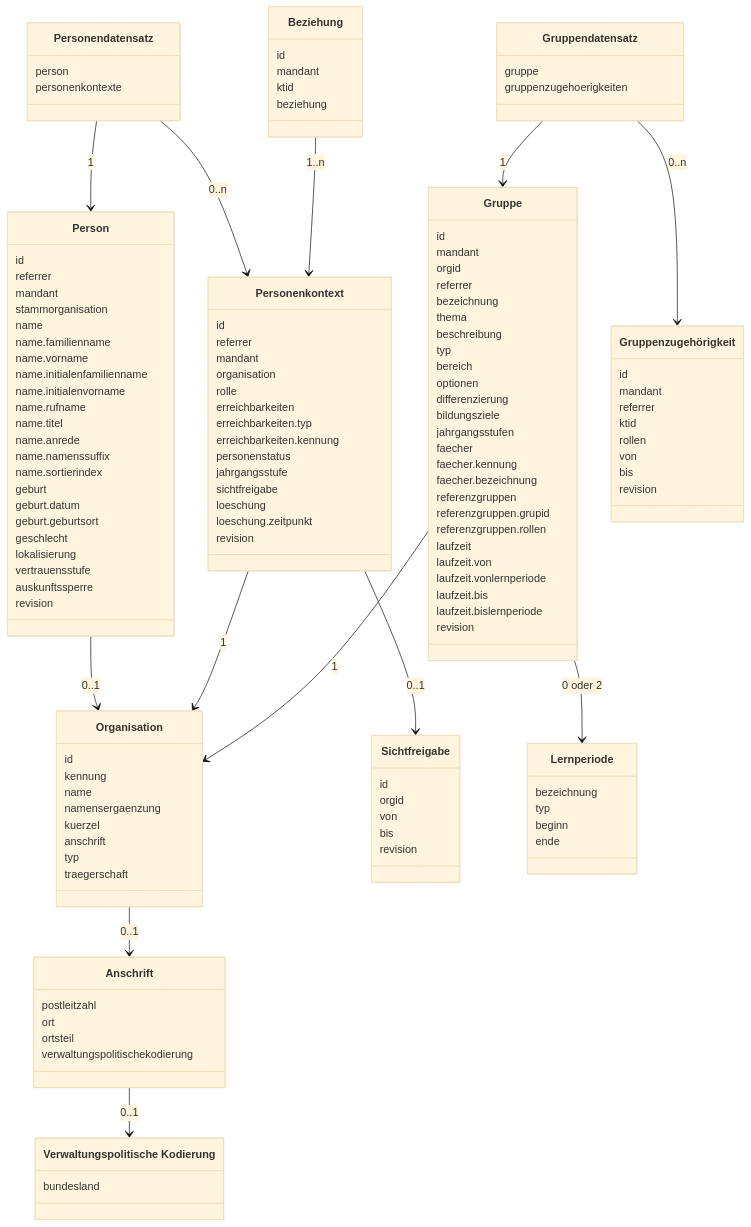
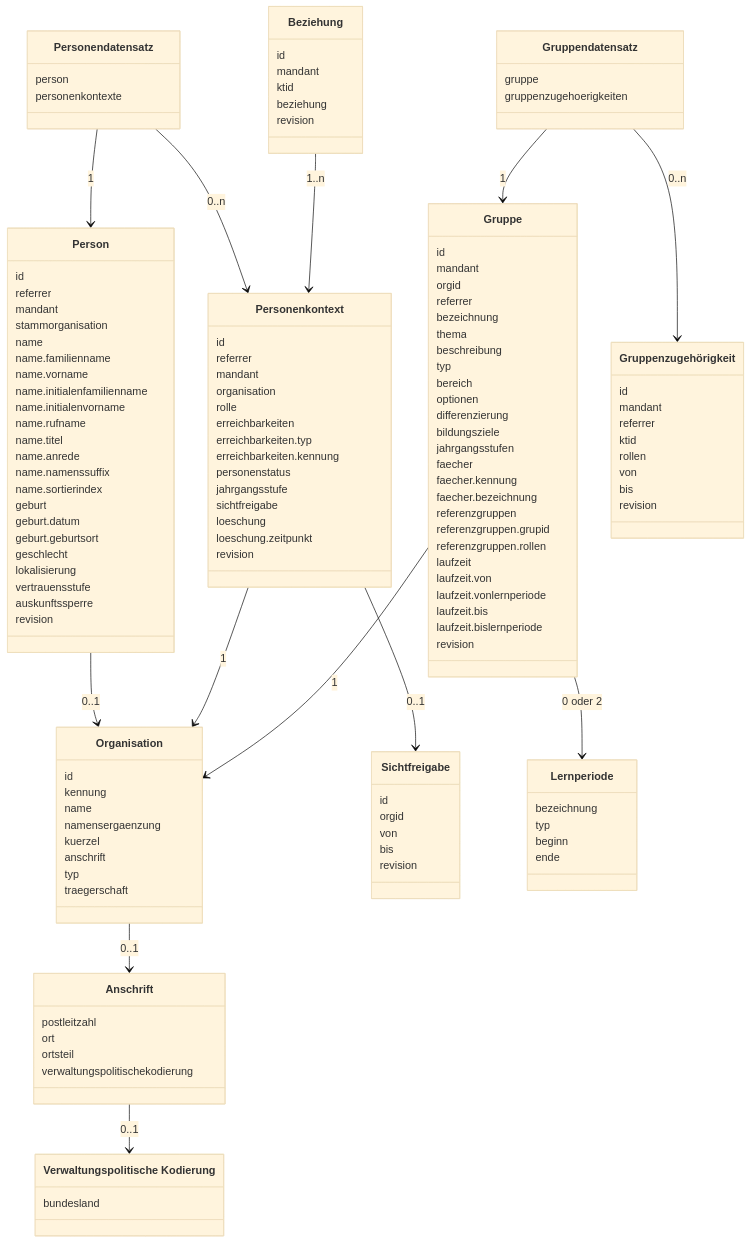
The diagram in docs/datenmodell-qs/datenmodell.md (Schulconnex/Schulconnex), drawn with Mermaid (base theme) before and after one commit. The commit also changed 10 other files, not shown here.

```diff
--- a/docs/datenmodell-qs/datenmodell.md
+++ b/docs/datenmodell-qs/datenmodell.md
@@ -36,6 +36,7 @@
     mandant
     ktid
     beziehung
+    revision
   }
   class Person {
     id
```
